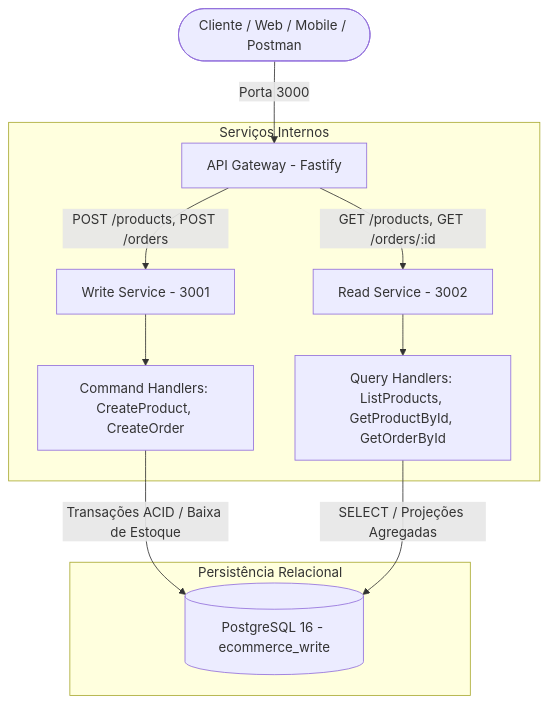
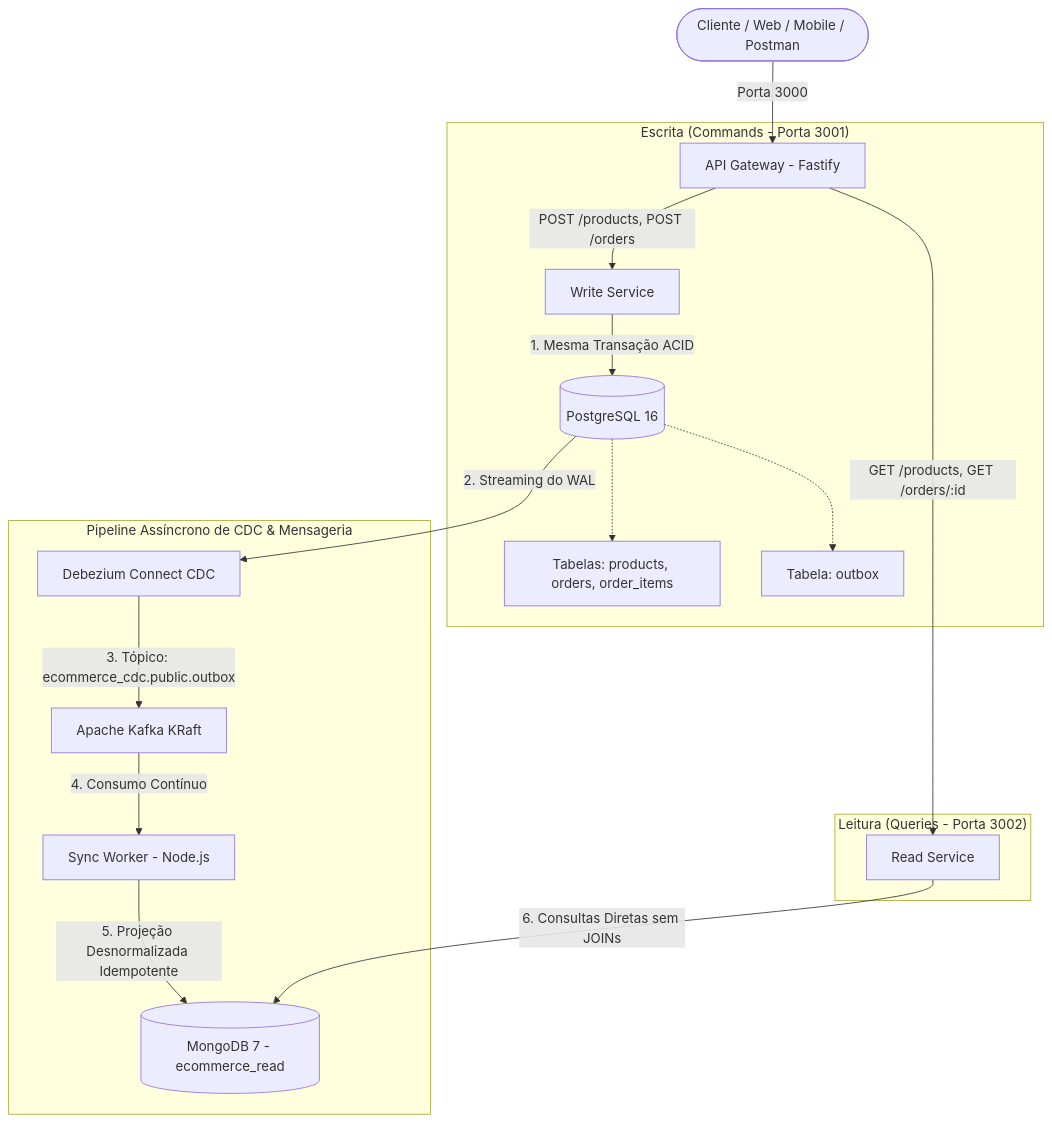
One commit to TiagoFerr/ecommerce-cqrs-cdc changed the diagram in README.md. Above: the diagram before and after it, drawn with Mermaid. The commit also changed other lines of this file and 1 other file, not shown here.

Commit message:
docs(phase-4): add adr 005 and update architecture roadmap for cdc and transactional outbox

````diff
--- a/README.md
+++ b/README.md
@@ -35,17 +34,23 @@
 ```mermaid
-graph TD
+flowchart TD
     Client([Cliente / Web / Mobile / Postman]) -->|Porta 3000| Gateway[API Gateway - Fastify]
 
-    subgraph "Serviços Internos"
-        Gateway -->|POST /products, POST /orders| WS[Write Service - 3001]
-        Gateway -->|GET /products, GET /orders/:id| RS[Read Service - 3002]
-        
-        WS --> CH[Command Handlers: CreateProduct, CreateOrder]
-        RS --> QH[Query Handlers: ListProducts, GetProductById, GetOrderById]
+    subgraph "Escrita (Commands - Porta 3001)"
+        Gateway -->|POST /products, POST /orders| WS[Write Service]
+        WS -->|1. Mesma Transação ACID| PG[(PostgreSQL 16)]
+        PG -.-> Tab1[Tabelas: products, orders, order_items]
+        PG -.-> Tab2[Tabela: outbox]
     end
 
-    subgraph "Persistência Relacional"
-        CH -->|Transações ACID / Baixa de Estoque| PG[(PostgreSQL 16 - ecommerce_write)]
-        QH -->|SELECT / Projeções Agregadas| PG
+    subgraph "Pipeline Assíncrono de CDC & Mensageria"
+        PG -->|2. Streaming do WAL| Deb[Debezium Connect CDC]
+        Deb -->|3. Tópico: ecommerce_cdc.public.outbox| K[Apache Kafka KRaft]
+        K -->|4. Consumo Contínuo| SW[Sync Worker - Node.js]
+        SW -->|5. Projeção Desnormalizada Idempotente| Mongo[(MongoDB 7 - ecommerce_read)]
+    end
+
+    subgraph "Leitura (Queries - Porta 3002)"
+        Gateway -->|GET /products, GET /orders/:id| RS[Read Service]
+        RS -->|6. Consultas Diretas sem JOINs| Mongo
     end
 ```
````
